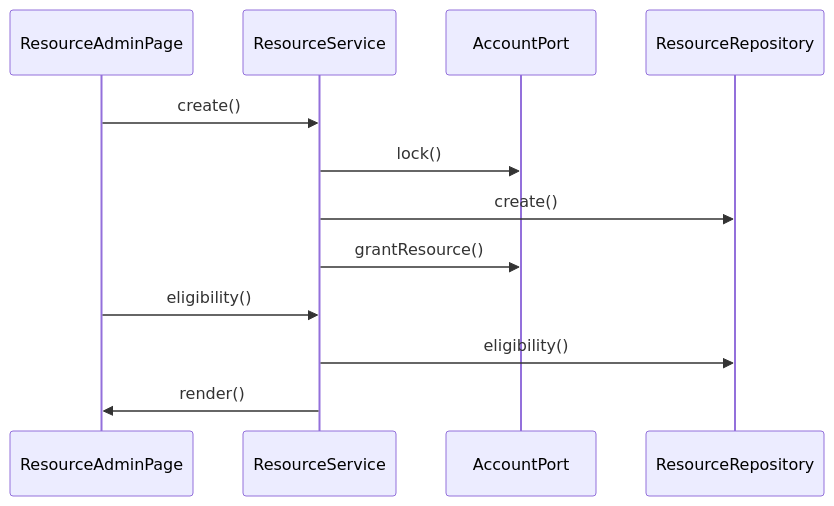
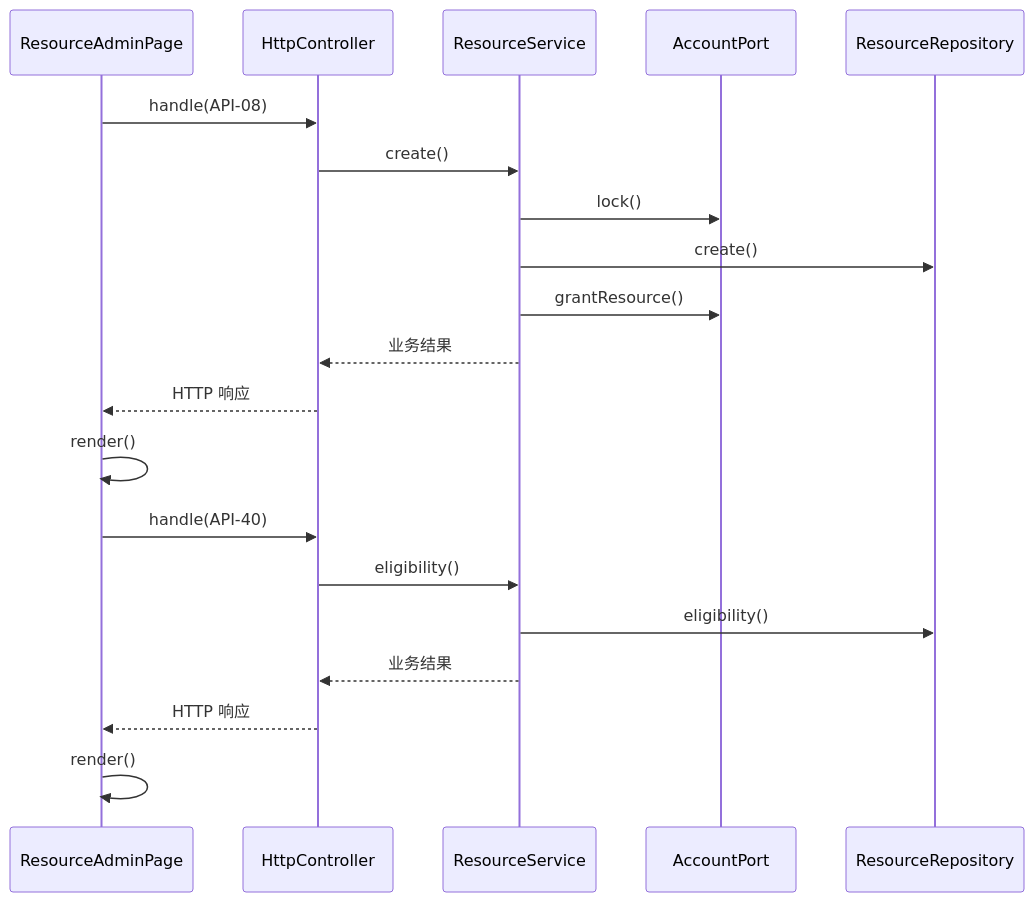
One commit to Rito-492/campus-sched changed diagram 11 of 44 in docs/design/software-design-task4.md. Above: the diagram before and after it, drawn with Mermaid. The commit also changed other lines of this file and 3 other files, not shown here.

Commit message:
docs: 修正任务4顺序图HTTP边界与页面调用方向

````diff
--- a/docs/design/software-design-task4.md
+++ b/docs/design/software-design-task4.md
@@ -1253,14 +1331,22 @@
 ```mermaid
 sequenceDiagram
  participant ResourceAdminPage
+ participant HttpController
  participant ResourceService
  participant AccountPort
  participant ResourceRepository
- ResourceAdminPage->>ResourceService: create()
+ ResourceAdminPage->>HttpController: handle(API-08)
+ HttpController->>ResourceService: create()
  ResourceService->>AccountPort: lock()
  ResourceService->>ResourceRepository: create()
  ResourceService->>AccountPort: grantResource()
- ResourceAdminPage->>ResourceService: eligibility()
+ ResourceService-->>HttpController: 业务结果
+ HttpController-->>ResourceAdminPage: HTTP 响应
+ ResourceAdminPage->>ResourceAdminPage: render()
+ ResourceAdminPage->>HttpController: handle(API-40)
+ HttpController->>ResourceService: eligibility()
  ResourceService->>ResourceRepository: eligibility()
- ResourceService->>ResourceAdminPage: render()
+ ResourceService-->>HttpController: 业务结果
+ HttpController-->>ResourceAdminPage: HTTP 响应
+ ResourceAdminPage->>ResourceAdminPage: render()
 ```
````
